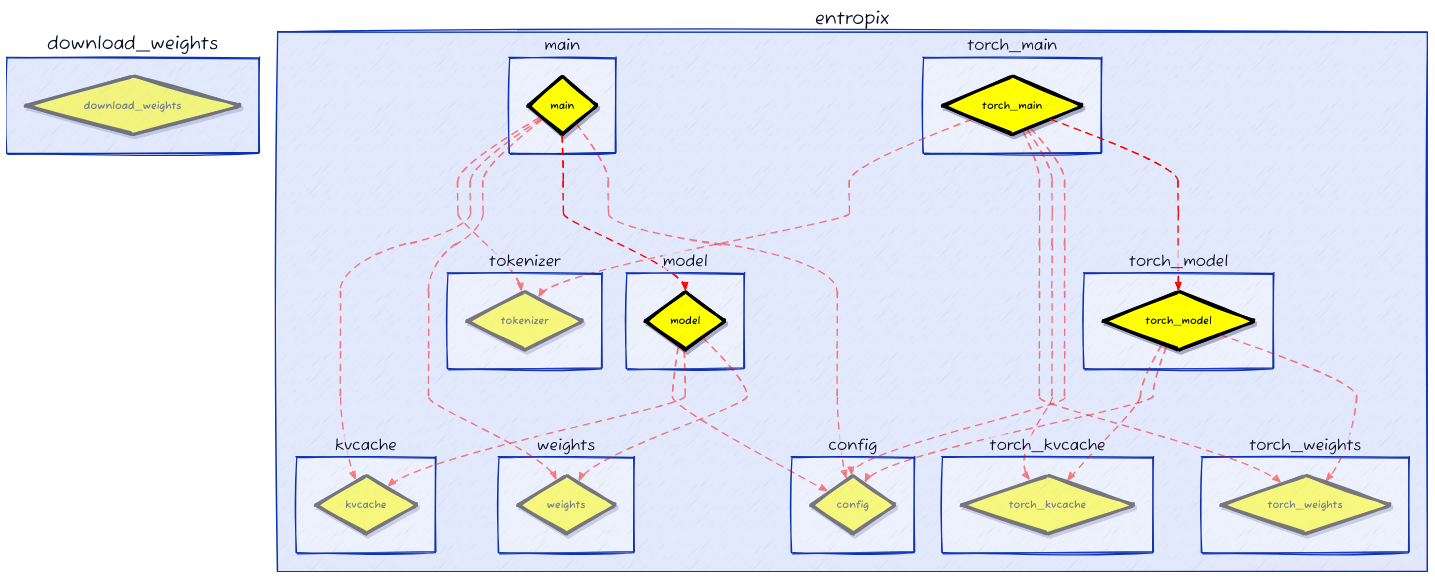
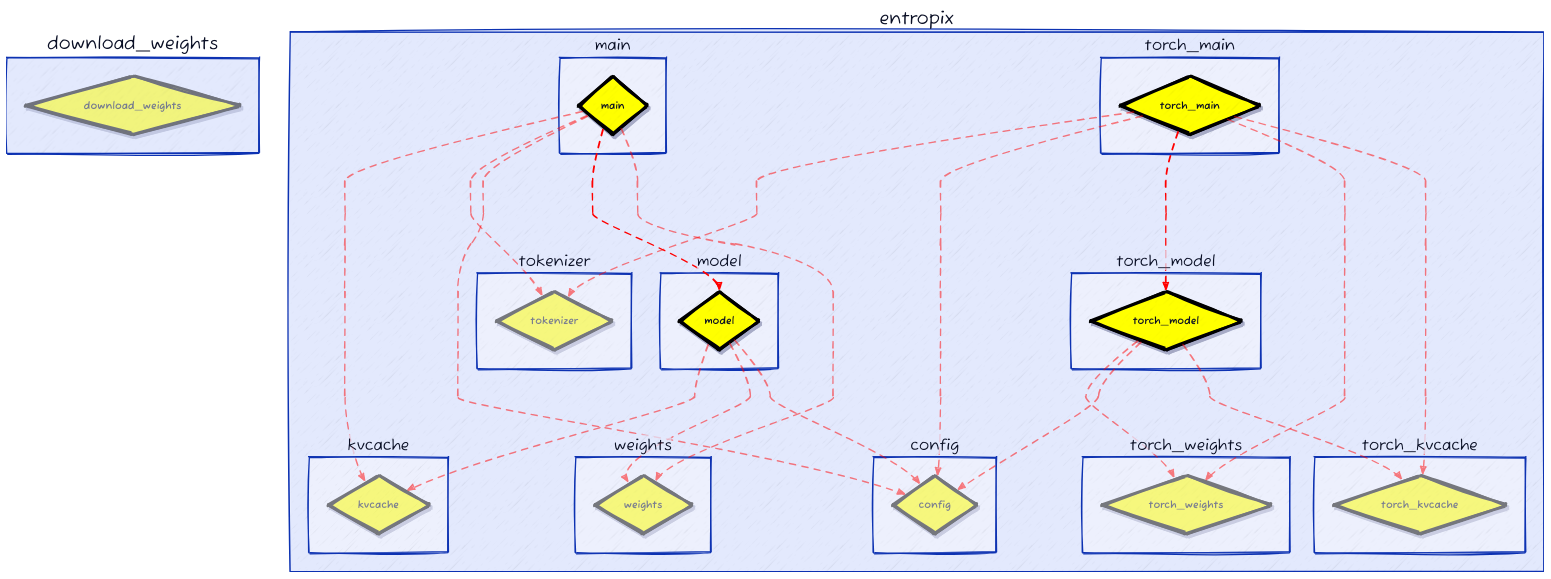
The diagram in eoh/d2_output/commit_6_progress_1.00.d2 (fangyuan-ksgk/heuristic-search), drawn with D2 before and after one commit. The commit also changed other lines of this file and 204 other files, not shown here.

```diff
--- a/eoh/d2_output/commit_6_progress_1.00.d2
+++ b/eoh/d2_output/commit_6_progress_1.00.d2
@@ -145,20 +145,6 @@
     shadow: true
   }
 }
-entropix.main.main -> entropix.tokenizer.tokenizer: {
-  style.stroke: red
-  style.opacity: 0.50
-  style.stroke-width: 2
-  style.stroke-dash: 5
-  style.animated: true
-}
-entropix.main.main -> entropix.kvcache.kvcache: {
-  style.stroke: red
-  style.opacity: 0.50
-  style.stroke-width: 2
-  style.stroke-dash: 5
-  style.animated: true
-}
 entropix.main.main -> entropix.weights.weights: {
   style.stroke: red
   style.opacity: 0.50
@@ -180,7 +166,28 @@
   style.stroke-dash: 5
   style.animated: true
 }
+entropix.main.main -> entropix.tokenizer.tokenizer: {
+  style.stroke: red
+  style.opacity: 0.50
+  style.stroke-width: 2
+  style.stroke-dash: 5
+  style.animated: true
+}
+entropix.main.main -> entropix.kvcache.kvcache: {
+  style.stroke: red
+  style.opacity: 0.50
+  style.stroke-width: 2
+  style.stroke-dash: 5
+  style.animated: true
+}
 entropix.model.model -> entropix.config.config: {
+  style.stroke: red
+  style.opacity: 0.50
+  style.stroke-width: 2
+  style.stroke-dash: 5
+  style.animated: true
+}
+entropix.model.model -> entropix.weights.weights: {
   style.stroke: red
   style.opacity: 0.50
   style.stroke-width: 2
@@ -194,14 +201,7 @@
   style.stroke-dash: 5
   style.animated: true
 }
-entropix.model.model -> entropix.weights.weights: {
-  style.stroke: red
-  style.opacity: 0.50
-  style.stroke-width: 2
-  style.stroke-dash: 5
-  style.animated: true
-}
-entropix.torch_main.torch_main -> entropix.tokenizer.tokenizer: {
+entropix.torch_main.torch_main -> entropix.torch_kvcache.torch_kvcache: {
   style.stroke: red
   style.opacity: 0.50
   style.stroke-width: 2
@@ -215,9 +215,9 @@
   style.stroke-dash: 5
   style.animated: true
 }
-entropix.torch_main.torch_main -> entropix.torch_kvcache.torch_kvcache: {
+entropix.torch_main.torch_main -> entropix.torch_model.torch_model: {
   style.stroke: red
-  style.opacity: 0.50
+  style.opacity: 1.00
   style.stroke-width: 2
   style.stroke-dash: 5
   style.animated: true
@@ -229,9 +229,9 @@
   style.stroke-dash: 5
   style.animated: true
 }
-entropix.torch_main.torch_main -> entropix.torch_model.torch_model: {
+entropix.torch_main.torch_main -> entropix.tokenizer.tokenizer: {
   style.stroke: red
-  style.opacity: 1.00
+  style.opacity: 0.50
   style.stroke-width: 2
   style.stroke-dash: 5
   style.animated: true
```
